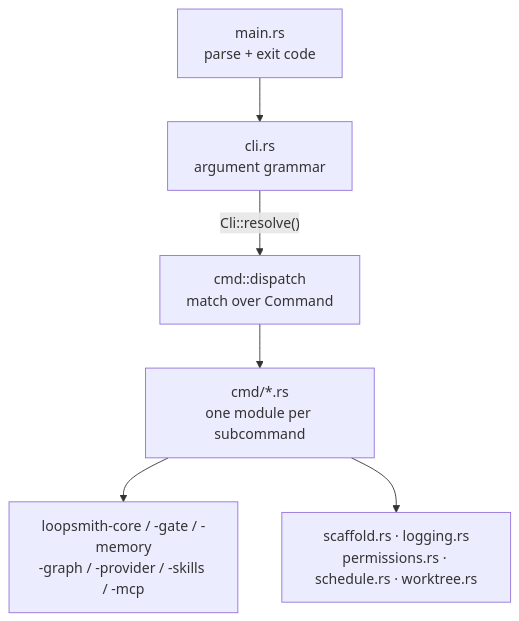
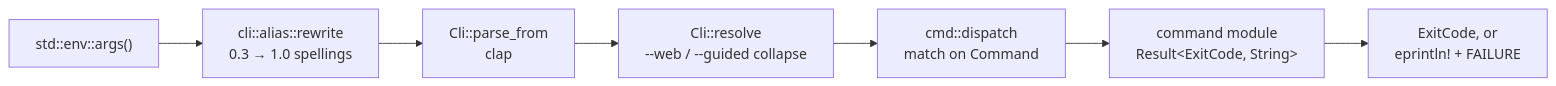
The diagram in wiki/cli-command-surface.md (bitphill/loopsmith), drawn with Mermaid before and after one commit. The commit also changed other lines of this file and 30 other files, not shown here.

````diff
--- a/wiki/cli-command-surface.md
+++ b/wiki/cli-command-surface.md
@@ -15,8 +30,9 @@
 ```mermaid
-graph TD
-    main["main.rs<br/>parse + exit code"] --> cli["cli.rs<br/>argument grammar"]
-    cli -->|"Cli::resolve()"| dispatch["cmd::dispatch<br/>match over Command"]
-    dispatch --> cmds["cmd/*.rs<br/>one module per subcommand"]
-    cmds --> libs["loopsmith-core / -gate / -memory<br/>-graph / -provider / -skills / -mcp"]
-    cmds --> local["scaffold.rs · logging.rs<br/>permissions.rs · schedule.rs · worktree.rs"]
+flowchart LR
+    A["std::env::args()"] --> B["cli::alias::rewrite<br/>0.3 → 1.0 spellings"]
+    B --> C["Cli::parse_from<br/>clap"]
+    C --> D["Cli::resolve<br/>--web / --guided collapse"]
+    D --> E["cmd::dispatch<br/>match on Command"]
+    E --> F["command module<br/>Result&lt;ExitCode, String&gt;"]
+    F --> G["ExitCode, or<br/>eprintln! + FAILURE"]
 ```
````
